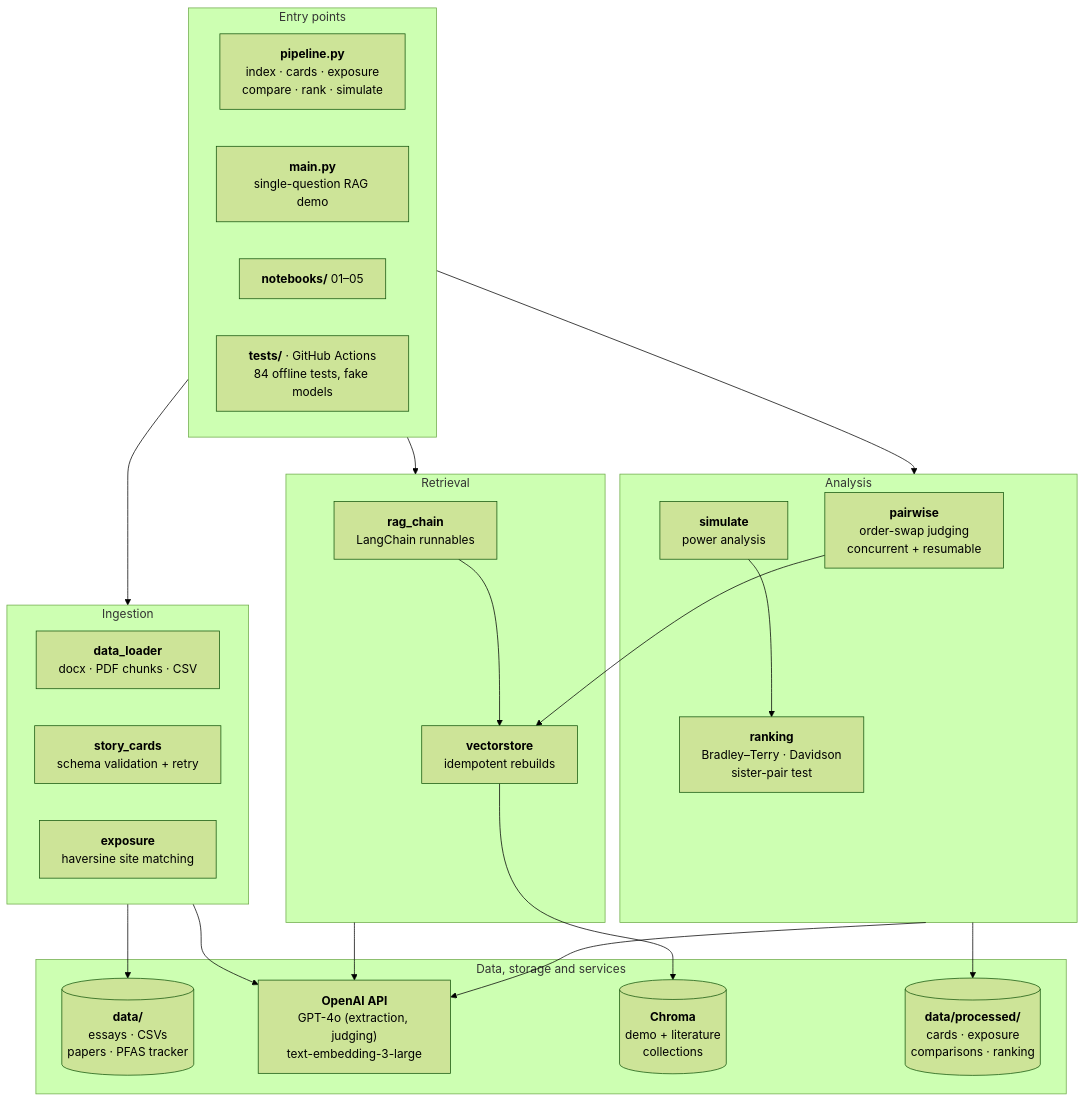
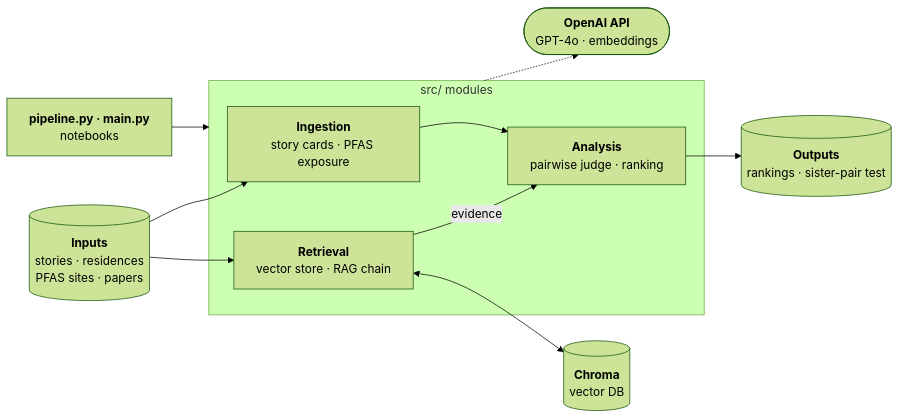
One commit to codemanav/Breast_Cancer_RAG changed the second of 2 diagrams in README.md. Above: the diagram before and after it, drawn with Mermaid (forest theme).

Commit message:
Simplify the system architecture diagram

````diff
--- a/README.md
+++ b/README.md
@@ -97,42 +97,23 @@
 ```mermaid
-flowchart TB
-    subgraph entry["Entry points"]
-        cli["<b>pipeline.py</b><br/>index · cards · exposure<br/>compare · rank · simulate"]
-        demo["<b>main.py</b><br/>single-question RAG demo"]
-        nb["<b>notebooks/</b> 01–05"]
-        tests["<b>tests/</b> · GitHub Actions<br/>84 offline tests, fake models"]
+flowchart LR
+    entry["<b>pipeline.py · main.py</b><br/>notebooks"]
+
+    subgraph src["src/ modules"]
+        ingest["<b>Ingestion</b><br/>story cards · PFAS exposure"]
+        retrieval["<b>Retrieval</b><br/>vector store · RAG chain"]
+        analysis["<b>Analysis</b><br/>pairwise judge · ranking"]
     end
 
-    subgraph ingest["Ingestion"]
-        loader["<b>data_loader</b><br/>docx · PDF chunks · CSV"]
-        story["<b>story_cards</b><br/>schema validation + retry"]
-        expo["<b>exposure</b><br/>haversine site matching"]
-    end
+    inputs[("<b>Inputs</b><br/>stories · residences<br/>PFAS sites · papers")]
+    chroma[("<b>Chroma</b><br/>vector DB")]
+    openai(["<b>OpenAI API</b><br/>GPT-4o · embeddings"])
+    outputs[("<b>Outputs</b><br/>rankings · sister-pair test")]
 
-    subgraph retrieval["Retrieval"]
-        rag["<b>rag_chain</b><br/>LangChain runnables"]
-        vec["<b>vectorstore</b><br/>idempotent rebuilds"]
-    end
-
-    subgraph analysis["Analysis"]
-        pair["<b>pairwise</b><br/>order-swap judging<br/>concurrent + resumable"]
-        rank["<b>ranking</b><br/>Bradley–Terry · Davidson<br/>sister-pair test"]
-        sim["<b>simulate</b><br/>power analysis"]
-    end
-
-    subgraph backing["Data, storage and services"]
-        data[("<b>data/</b><br/>essays · CSVs<br/>papers · PFAS tracker")]
-        openai["<b>OpenAI API</b><br/>GPT-4o (extraction, judging)<br/>text-embedding-3-large"]
-        chroma[("<b>Chroma</b><br/>demo + literature<br/>collections")]
-        out[("<b>data/processed/</b><br/>cards · exposure<br/>comparisons · ranking")]
-    end
-
-    entry --> ingest & retrieval & analysis
-    rag --> vec
-    pair --> vec
-    sim --> rank
-    ingest --> data
-    ingest & retrieval & analysis --> openai
-    vec --> chroma
-    analysis --> out
+    entry --> src
+    inputs --> ingest & retrieval
+    ingest --> analysis
+    retrieval -- evidence --> analysis
+    retrieval <--> chroma
+    src -.-> openai
+    analysis --> outputs
 ```
````
